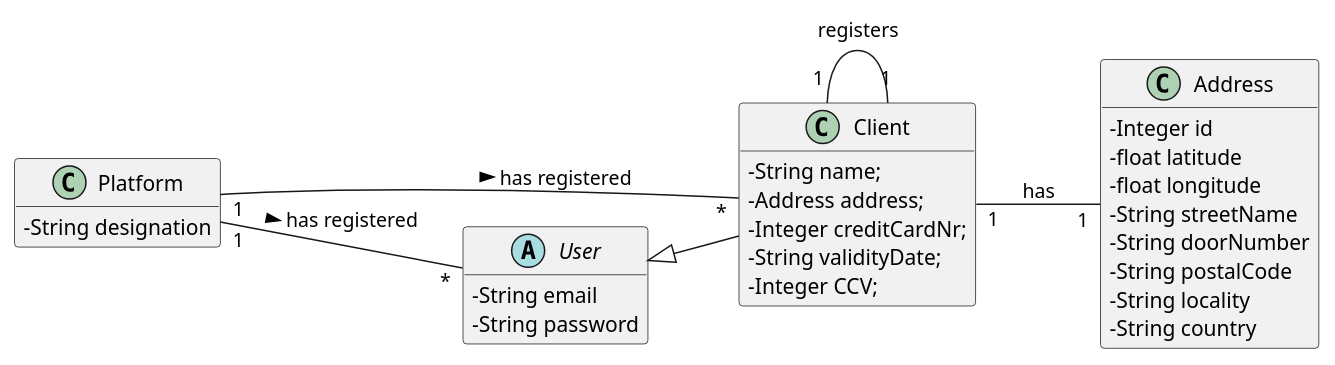
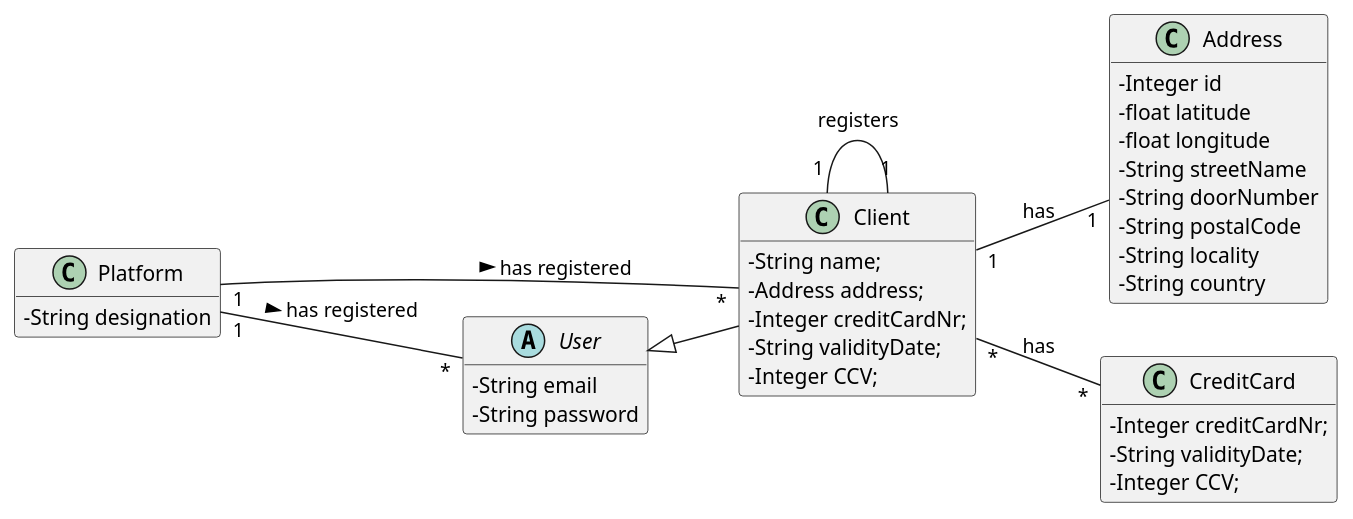
Before and after one commit to tiagoavcosta25/LAPR3: the diagram in docs/Iteration 1/User Management/US18_RegisterClient/US18_DM.puml, drawn with PlantUML. The commit also changed 7 other files, not shown here.

```diff
--- a/docs/Iteration 1/User Management/US18_RegisterClient/US18_DM.puml
+++ b/docs/Iteration 1/User Management/US18_RegisterClient/US18_DM.puml
@@ -1,41 +1,49 @@
 @startuml
 skinparam classAttributeIconSize 0
 hide methods
 left to right direction
 
 class Platform {
 -   String designation
 }
 
 class Client{
 -String name;
 -Address address;
 -Integer creditCardNr;
 -String validityDate;
 -Integer CCV;
 }
 
 abstract class User{
 -String email
 -String password
 }
 
 class Address{
 -Integer id
 -float latitude
 -float longitude
 -String streetName
 -String doorNumber
 -String postalCode
 -String locality
 -String country
 }
 
+class CreditCard{
+-Integer creditCardNr;
+-String validityDate;
+-Integer CCV;
++CreditCard(creditCardNr,validityDate,CCV)
+}
+
 class Client extends User
 
 
 Client "1" -- "1" Client : registers
 Client "1" -- "1" Address : has
+Client "*" -- "*" CreditCard : has
 Platform "1" -- "*" Client : has registered >
 Platform "1" -- "*" User : has registered >
 @enduml
```
